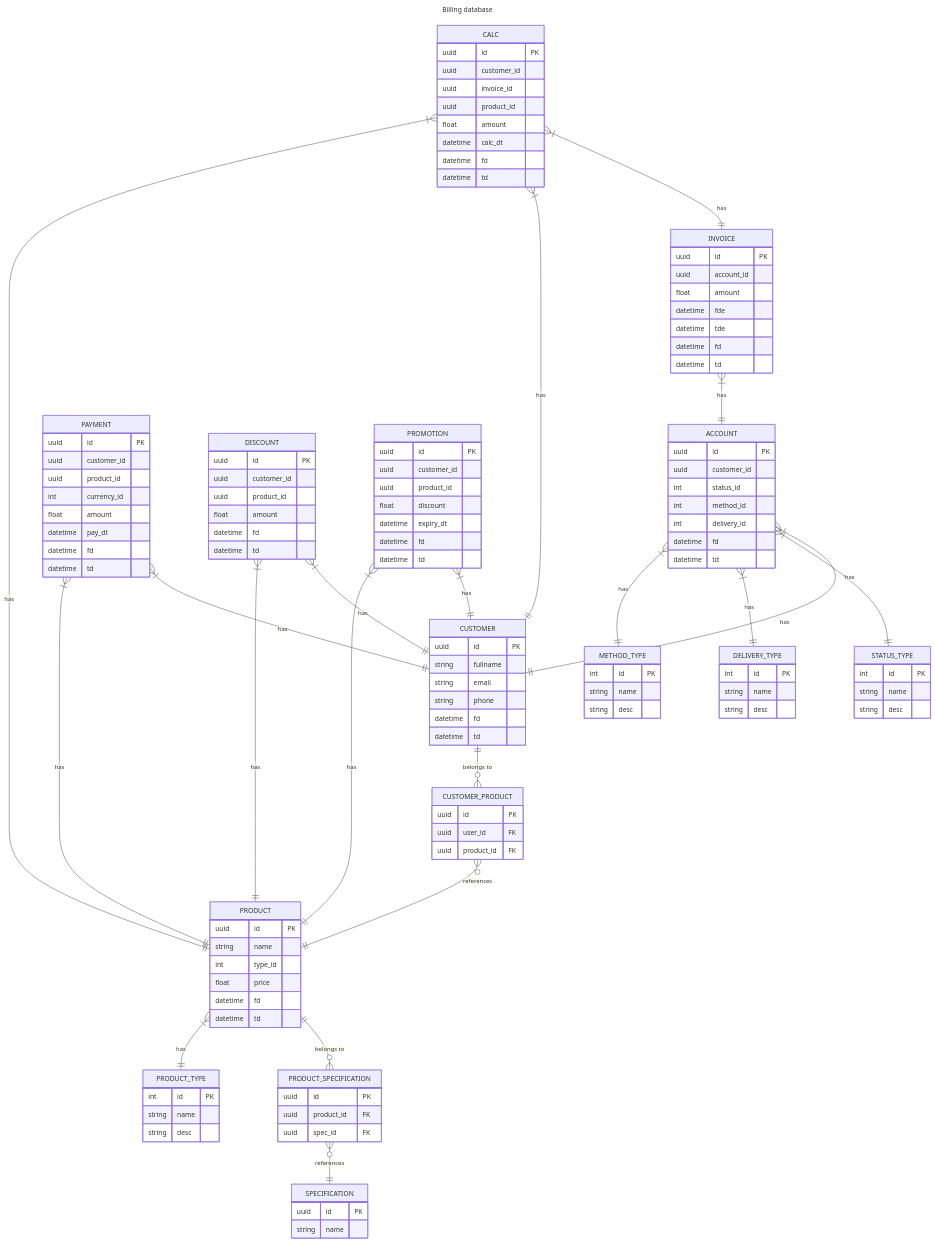
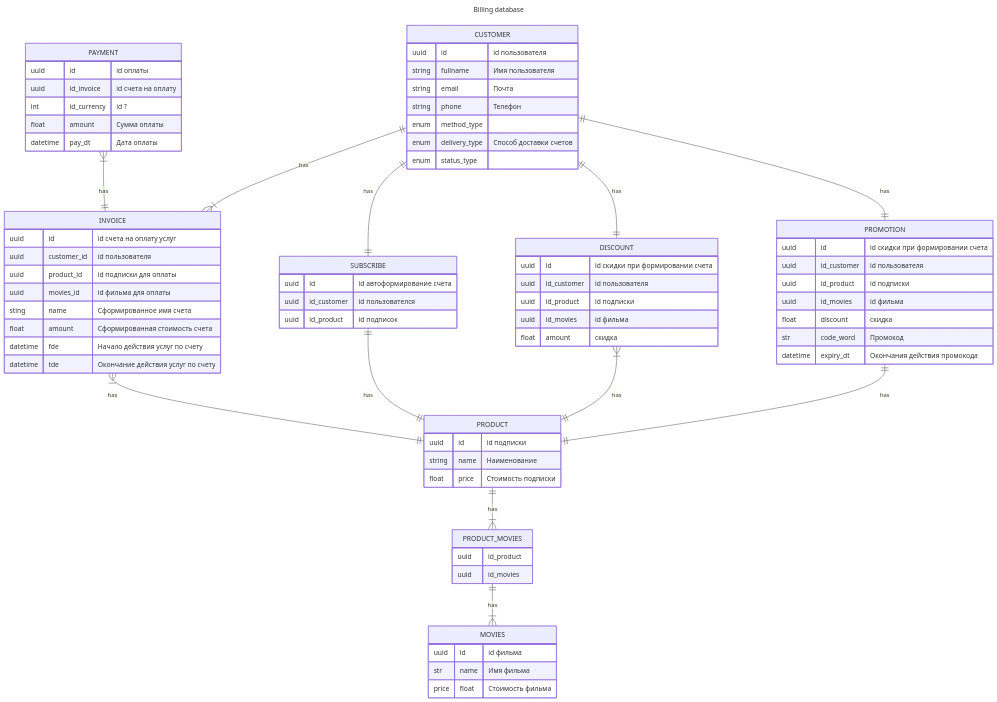
One commit to fall3nangel/Billing_Stripe changed the diagram in architecture/er-billing.md. Above: the diagram before and after it, drawn with Mermaid.

Commit message:
update bd

````diff
--- a/architecture/er-billing.md
+++ b/architecture/er-billing.md
@@ -3,128 +3,78 @@
 title: Billing database
 ---
 erDiagram
-ACCOUNT {
-    uuid id PK 
-    uuid customer_id
-    int status_id
-    int method_id
-    int delivery_id
-    datetime fd
-    datetime td
-}
 CUSTOMER {
-    uuid id PK
-    string fullname
-    string email
-    string phone
-    datetime fd
-    datetime td
-}
-CALC {
-    uuid id PK 
-    uuid customer_id
-    uuid invoice_id
-    uuid product_id
-    float amount
-    datetime calc_dt
-    datetime fd
-    datetime td
+    uuid id "id пользователя"
+    string fullname "Имя пользователя"
+    string email "Почта"
+    string phone "Телефон"
+    enum method_type ""
+    enum delivery_type "Способ доставки счетов"
+    enum status_type ""
 }
 PAYMENT {
-    uuid id PK
-    uuid customer_id
-    uuid product_id
-    int currency_id
-    float amount
-    datetime pay_dt
-    datetime fd
-    datetime td
+    uuid id "id оплаты"
+    uuid id_invoice "id счета на оплату"
+    int id_currency "id ?"
+    float amount "Сумма оплаты"
+    datetime pay_dt "Дата оплаты"
 }
-STATUS_TYPE {
-    int id PK
-    string name
-    string desc
+INVOICE { 
+    uuid id "id счета на оплату услуг"
+    uuid customer_id "id пользователя"
+    uuid product_id "id подписки для оплаты"
+    uuid movies_id "id фильма для оплаты"
+    sting name "Сформированное имя счета"
+    float amount "Сформированная стоимость счета"
+    datetime fde "Начало действия услуг по счету"
+    datetime tde "Окончание действия услуг по счету"
 }
-DELIVERY_TYPE {
-    int id PK
-    string name
-    string desc
+SUBSCRIBE {
+    uuid id "id автоформирование счета"
+    uuid id_customer "id пользователся"
+    uuid id_product "id подписок"
 }
-METHOD_TYPE {
-    int id PK
-    string name
-    string desc
-}
-INVOICE {
-    uuid id PK
-    uuid account_id
-    float amount
-    datetime fde
-    datetime tde
-    datetime fd
-    datetime td
-}
-DISCOUNT {
-    uuid id PK
-    uuid customer_id
-    uuid product_id
-    float amount
-    datetime fd
-    datetime td
+DISCOUNT { 
+    uuid id "id скидки при формировании счета"
+    uuid id_customer "id пользователя"
+    uuid id_product "id подписки"
+    uuid id_movies "id фильма"
+    float amount "скидка"
 }
 PROMOTION {
-    uuid id PK
-    uuid customer_id
-    uuid product_id
-    float discount
-    datetime expiry_dt
-    datetime fd
-    datetime td
+    uuid id "id скидки при формировании счета"
+    uuid id_customer "id пользователя"
+    uuid id_product "id подписки"
+    uuid id_movies "id фильма"
+    float discount "скидка"
+    str code_word "Промокод"
+    datetime expiry_dt "Окончания действия промокода"
 }
 PRODUCT {
-    uuid id PK 
-    string name
-    int type_id
-    float price
-    datetime fd
-    datetime td
+    uuid id "id подписки" 
+    string name "Наименование"
+    float price "Стоимость подписки"
 }
-PRODUCT_SPECIFICATION {
-    uuid id PK
-    uuid product_id FK
-    uuid spec_id FK
+
+MOVIES {
+    uuid id "id фильма" 
+    str name "Имя фильма" 
+    price float "Стоимость фильма"
 }
-SPECIFICATION {
-    uuid id PK
-    string name
+
+PRODUCT_MOVIES {
+    uuid id_product
+    uuid id_movies
 }
-CUSTOMER_PRODUCT {
-    uuid id PK
-    uuid user_id FK
-    uuid product_id FK
-}
-PRODUCT_TYPE {
-    int id PK
-    string name
-    string desc
-}
-ACCOUNT }|--|| CUSTOMER: has
-DISCOUNT }|--|| CUSTOMER: has
-PROMOTION }|--|| CUSTOMER: has
-ACCOUNT }|--|| STATUS_TYPE: has
-ACCOUNT }|--|| DELIVERY_TYPE: has
-ACCOUNT }|--|| METHOD_TYPE: has
-CALC }|--|| INVOICE: has
-PAYMENT }|--|| CUSTOMER: has
-CALC }|--|| CUSTOMER: has
-INVOICE }|--|| ACCOUNT: has
-PAYMENT }|--|| PRODUCT: has
-CALC }|--|| PRODUCT: has
+INVOICE }|--|| PRODUCT: has
+PAYMENT }|--|| INVOICE: has
+CUSTOMER  ||--|| PROMOTION: has
+CUSTOMER  ||--}| INVOICE: has
+CUSTOMER  ||--|| SUBSCRIBE: has
+CUSTOMER  ||--|| DISCOUNT: has
+SUBSCRIBE  ||--|| PRODUCT: has
 DISCOUNT }|--|| PRODUCT: has
-PROMOTION }|--|| PRODUCT: has
-PRODUCT ||--o{ PRODUCT_SPECIFICATION: "belongs to"
-PRODUCT_SPECIFICATION }o--|| SPECIFICATION: references
-CUSTOMER ||--o{ CUSTOMER_PRODUCT: "belongs to"
-CUSTOMER_PRODUCT }o--|| PRODUCT: references
-PRODUCT }|--|| PRODUCT_TYPE: has
+PROMOTION ||--|| PRODUCT: has
+PRODUCT ||--|{ PRODUCT_MOVIES: has
+PRODUCT_MOVIES ||--|{ MOVIES: has
 ```
````
